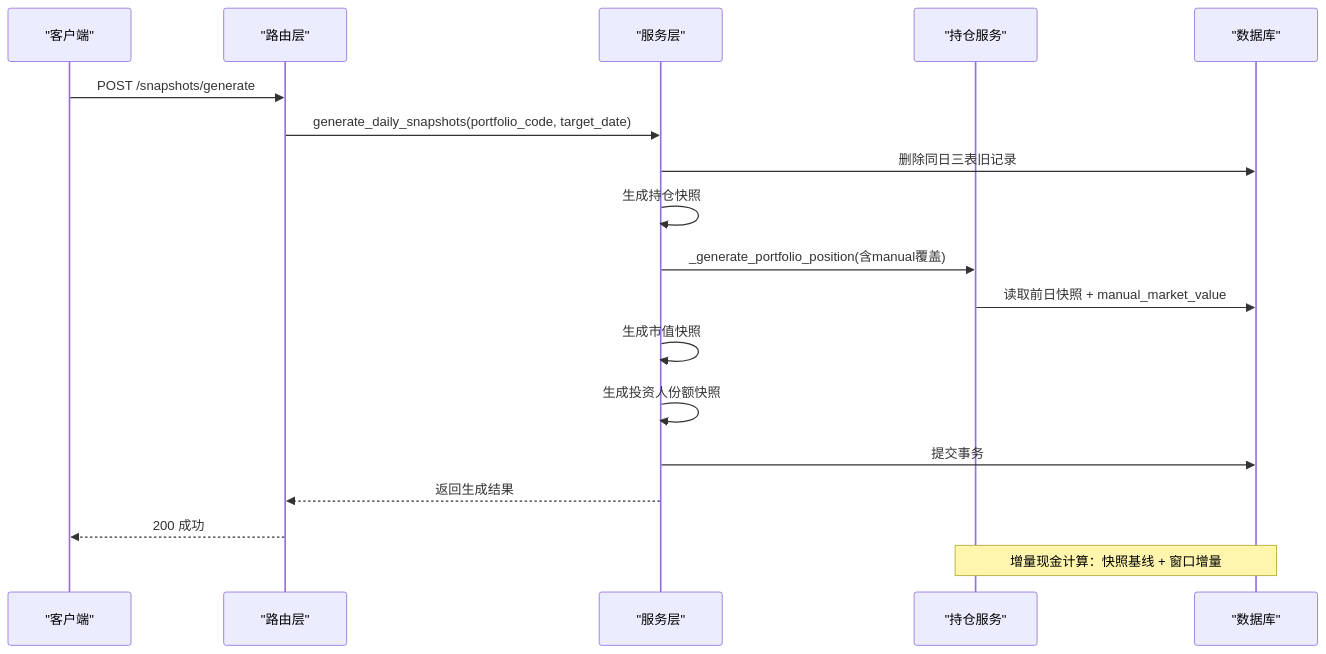
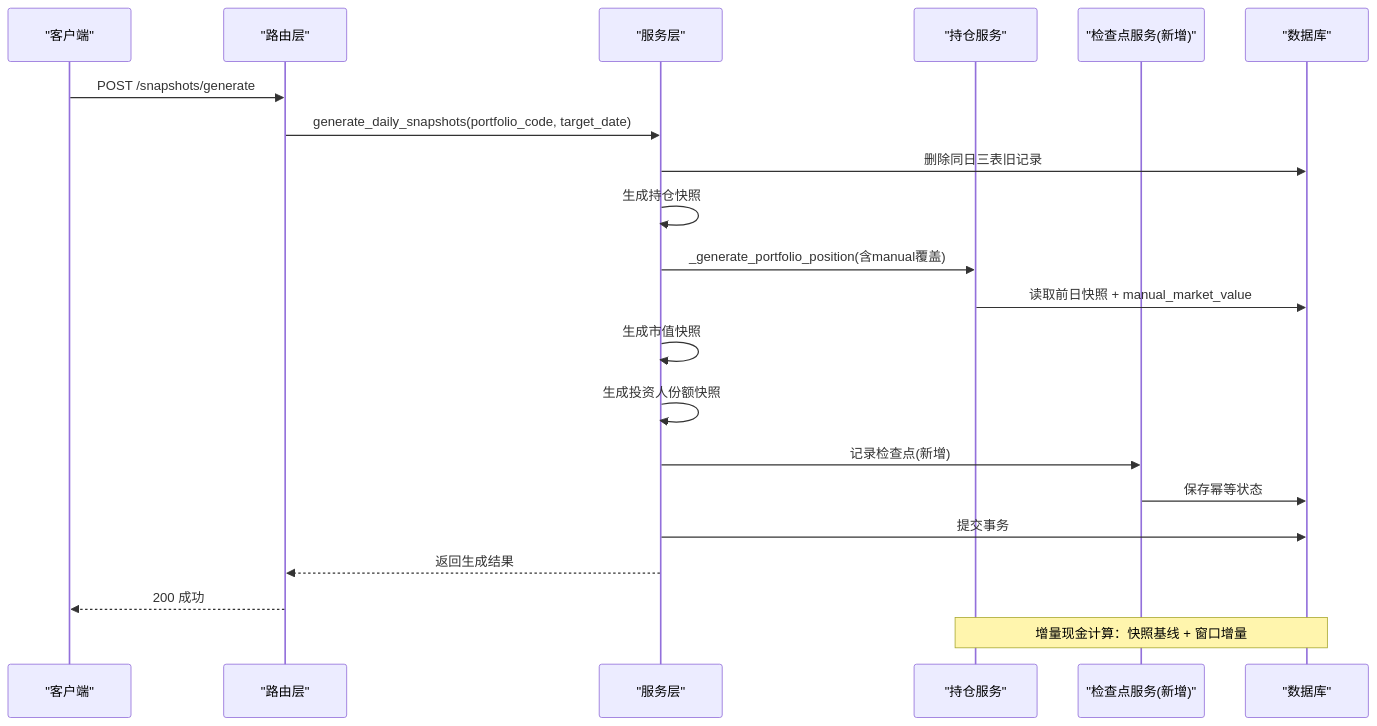
One commit to gujialind/InvestRing changed the second of 9 diagrams in .qoder/repowiki/zh/content/后端API文档/快照系统API.md. Above: the diagram before and after it, drawn with Mermaid. The commit also changed other lines of this file and 15 other files, not shown here.

````diff
--- a/.qoder/repowiki/zh/content/后端API文档/快照系统API.md
+++ b/.qoder/repowiki/zh/content/后端API文档/快照系统API.md
@@ -130,20 +137,23 @@
 ```mermaid
 sequenceDiagram
 participant C as "客户端"
 participant RT as "路由层"
 participant SV as "服务层"
 participant PS as "持仓服务"
+participant CP as "检查点服务(新增)"
 participant DB as "数据库"
 C->>RT : POST /snapshots/generate
 RT->>SV : generate_daily_snapshots(portfolio_code, target_date)
 SV->>DB : 删除同日三表旧记录
 SV->>SV : 生成持仓快照
 SV->>PS : _generate_portfolio_position(含manual覆盖)
 PS->>DB : 读取前日快照 + manual_market_value
 SV->>SV : 生成市值快照
 SV->>SV : 生成投资人份额快照
+SV->>CP : 记录检查点(新增)
+CP->>DB : 保存幂等状态
 SV->>DB : 提交事务
 SV-->>RT : 返回生成结果
 RT-->>C : 200 成功
 Note over PS,DB : 增量现金计算：快照基线 + 窗口增量
 ```
````
